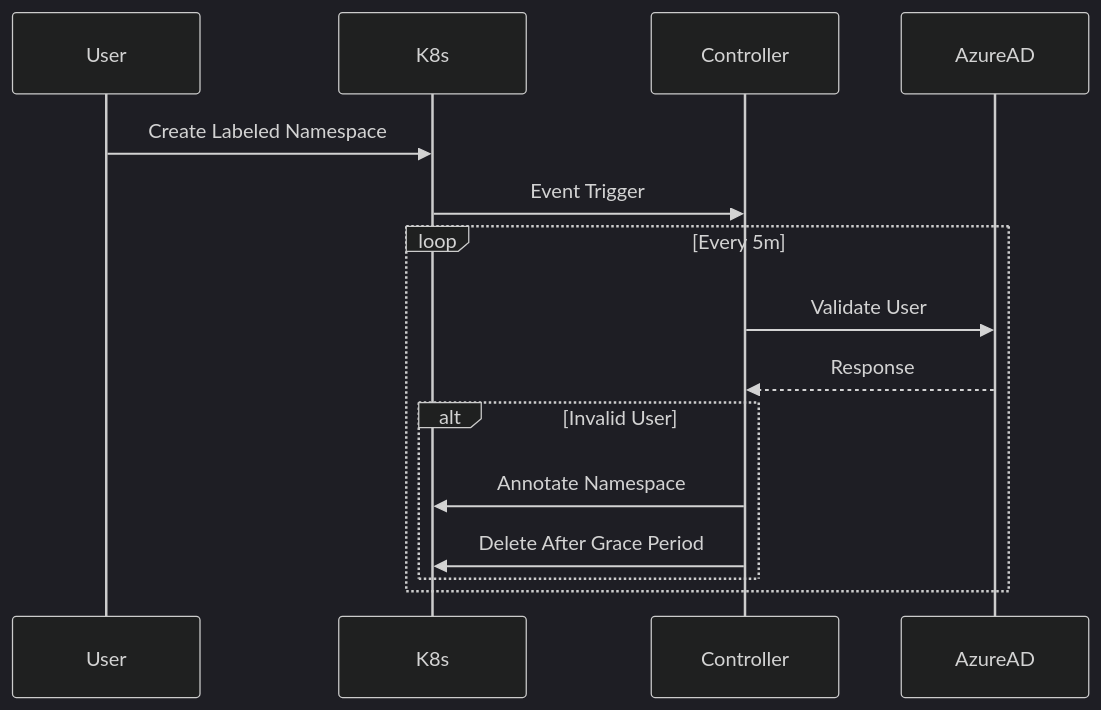
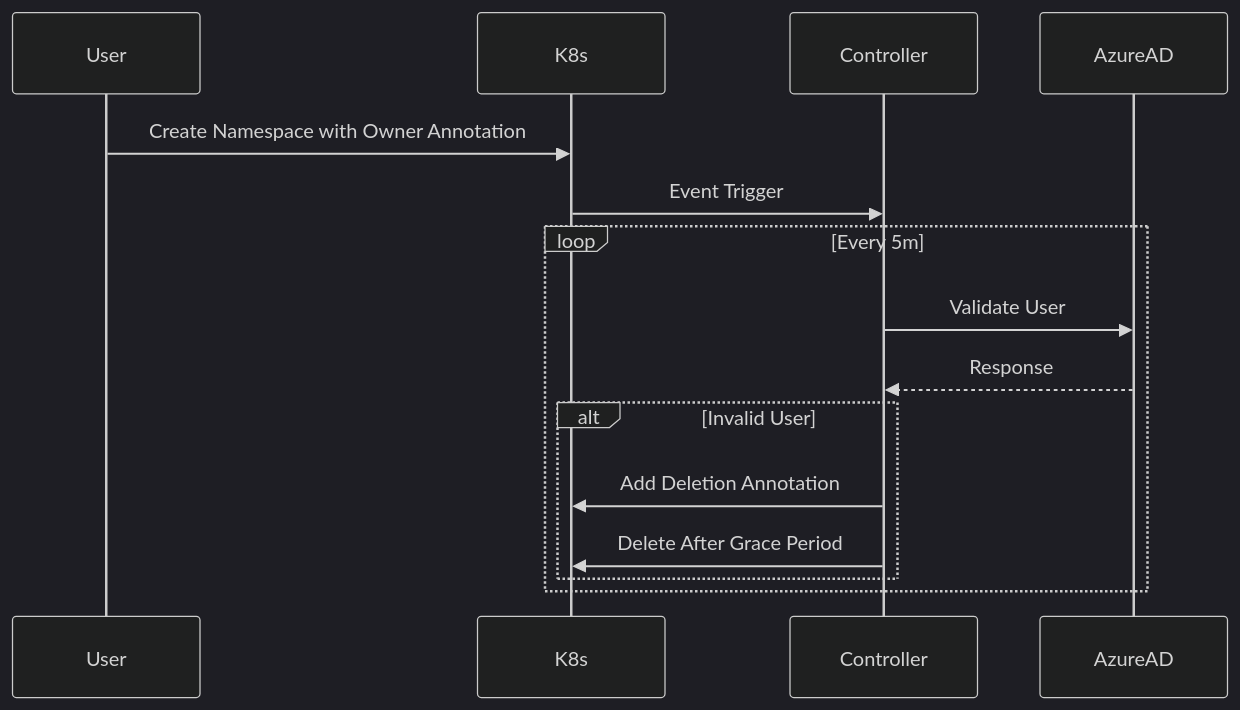
Before and after one commit to bryanpaget/namespace-auditor: the second of 2 diagrams in README.md, drawn with Mermaid (dark theme). The commit also changed other lines of this file, not shown here.

````diff
--- a/README.md
+++ b/README.md
@@ -84,19 +84,18 @@
 ```mermaid
 sequenceDiagram
     participant User
     participant K8s
     participant Controller
     participant AzureAD
 
-    User->>K8s: Create Labeled Namespace
+    User->>K8s: Create Namespace with Owner Annotation
     K8s->>Controller: Event Trigger
     loop Every 5m
         Controller->>AzureAD: Validate User
         AzureAD-->>Controller: Response
         alt Invalid User
-            Controller->>K8s: Annotate Namespace
+            Controller->>K8s: Add Deletion Annotation
             Controller->>K8s: Delete After Grace Period
         end
     end
-
 ```
````
